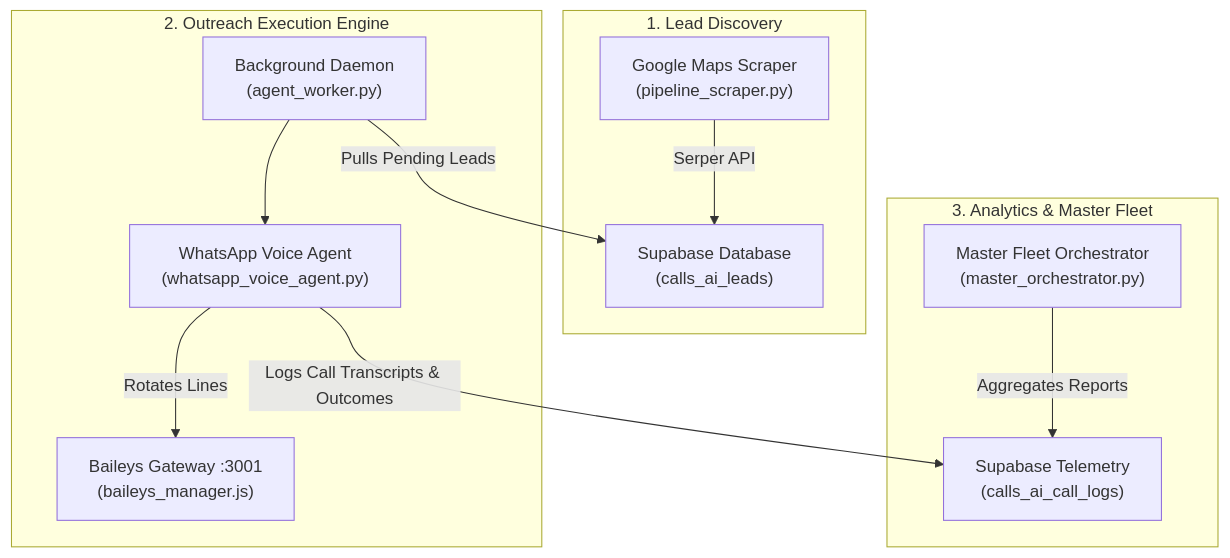
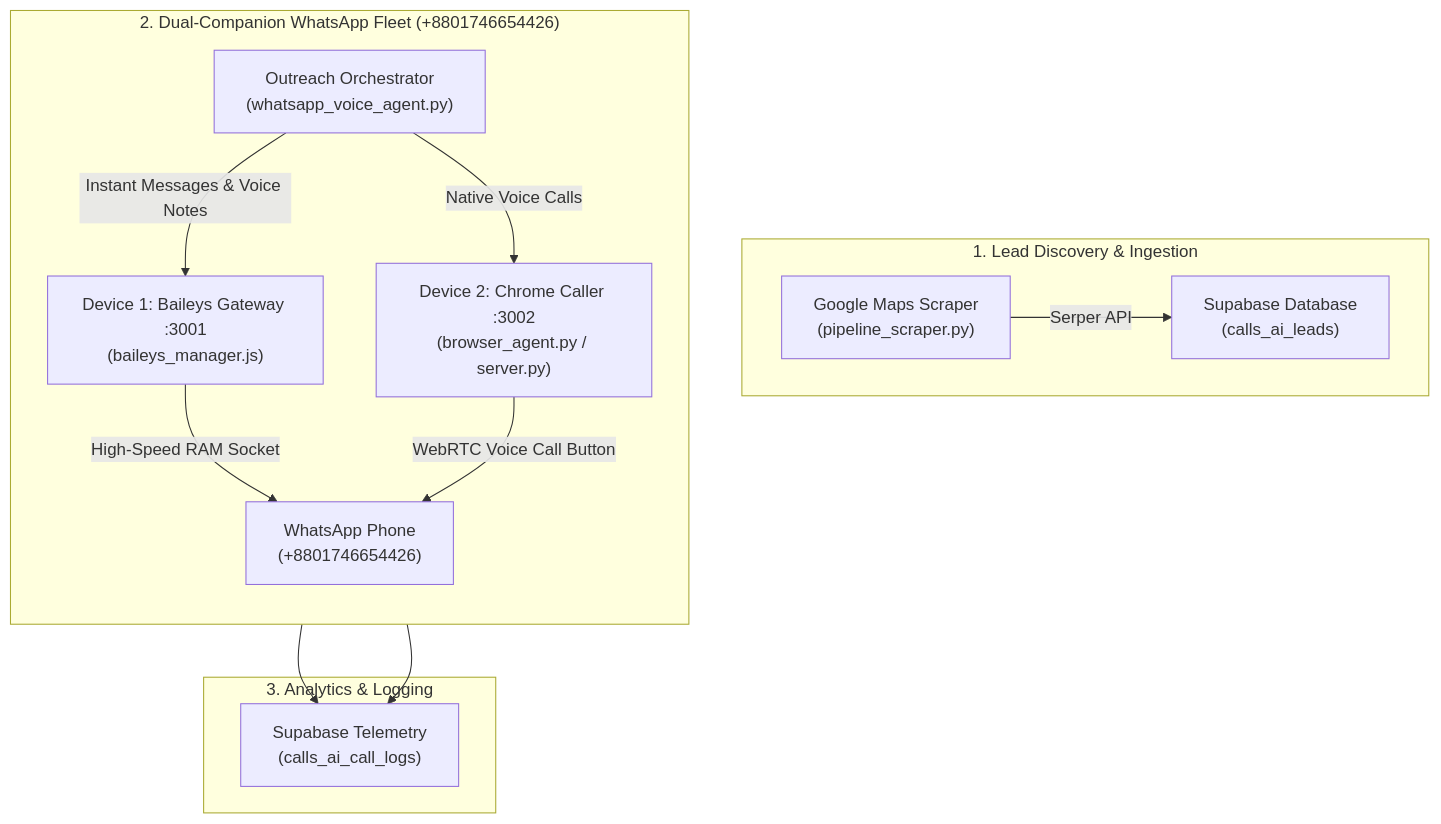
Before and after one commit to 12345Shahid/Automation-Tools: the diagram in CALLING_AGENT_GUIDE.md, drawn with Mermaid. The commit also changed other lines of this file and 3 other files, not shown here.

Commit message:
feat(browser-caller): implement Chrome persistent browser calling engine with live WhatsApp Web call button automation and dashboard

````diff
--- a/CALLING_AGENT_GUIDE.md
+++ b/CALLING_AGENT_GUIDE.md
@@ -27,17 +30,22 @@
 ```mermaid
 flowchart TD
-    subgraph Lead_Generation["1. Lead Discovery"]
+    subgraph Lead_Pipeline["1. Lead Discovery & Ingestion"]
         A["Google Maps Scraper\n(pipeline_scraper.py)"] -->|Serper API| B["Supabase Database\n(calls_ai_leads)"]
     end
 
-    subgraph Agent_Core["2. Outreach Execution Engine"]
-        C["Background Daemon\n(agent_worker.py)"] -->|Pulls Pending Leads| B
-        C --> D["WhatsApp Voice Agent\n(whatsapp_voice_agent.py)"]
-        D -->|Rotates Lines| E["Baileys Gateway :3001\n(baileys_manager.js)"]
+    subgraph Dual_Companion["2. Dual-Companion WhatsApp Fleet (+8801746654426)"]
+        direction TB
+        C["Outreach Orchestrator\n(whatsapp_voice_agent.py)"]
+        
+        C -->|Instant Messages & Voice Notes| D["Device 1: Baileys Gateway :3001\n(baileys_manager.js)"]
+        C -->|Native Voice Calls| E["Device 2: Chrome Caller :3002\n(browser_agent.py / server.py)"]
+        
+        D -->|High-Speed RAM Socket| F["WhatsApp Phone\n(+8801746654426)"]
+        E -->|WebRTC Voice Call Button| F
     end
 
-    subgraph Telemetry["3. Analytics & Master Fleet"]
-        D -->|Logs Call Transcripts & Outcomes| F["Supabase Telemetry\n(calls_ai_call_logs)"]
-        G["Master Fleet Orchestrator\n(master_orchestrator.py)"] -->|Aggregates Reports| F
+    subgraph Telemetry["3. Analytics & Logging"]
+        D --> G["Supabase Telemetry\n(calls_ai_call_logs)"]
+        E --> G
     end
 ```
````
